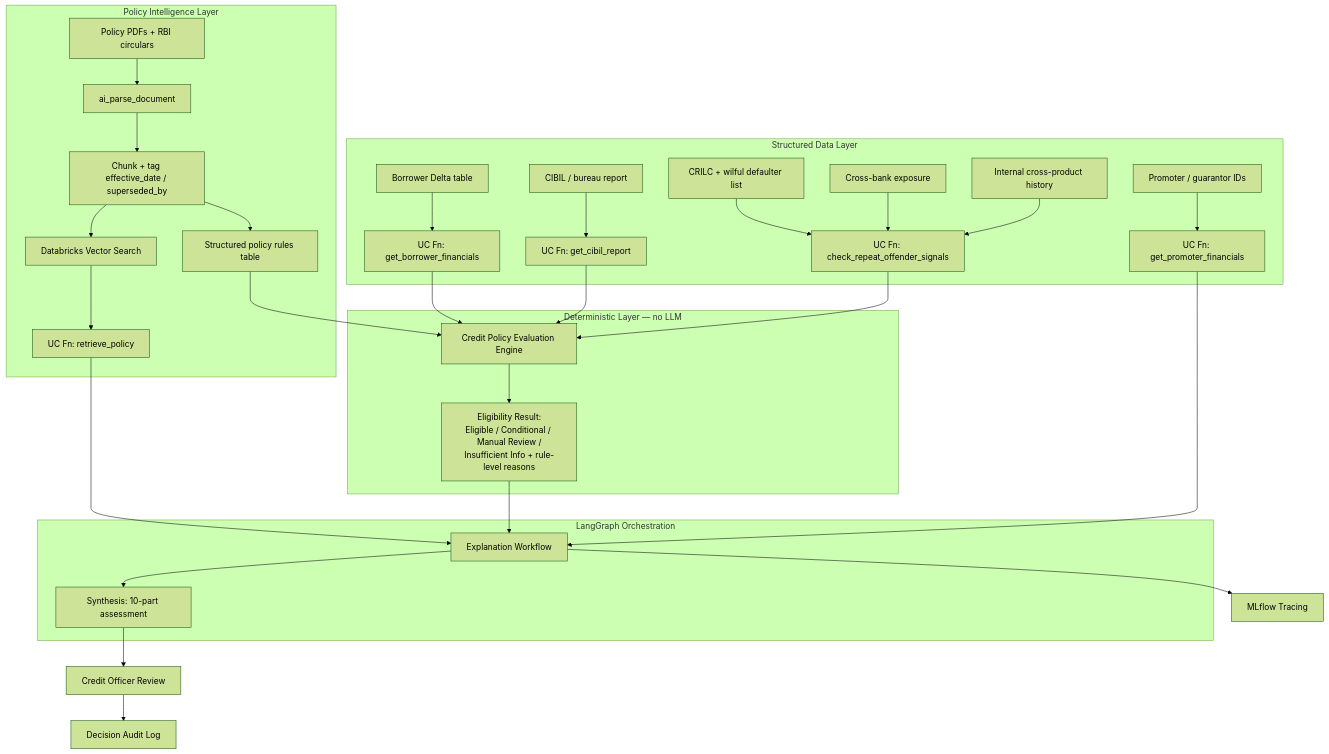
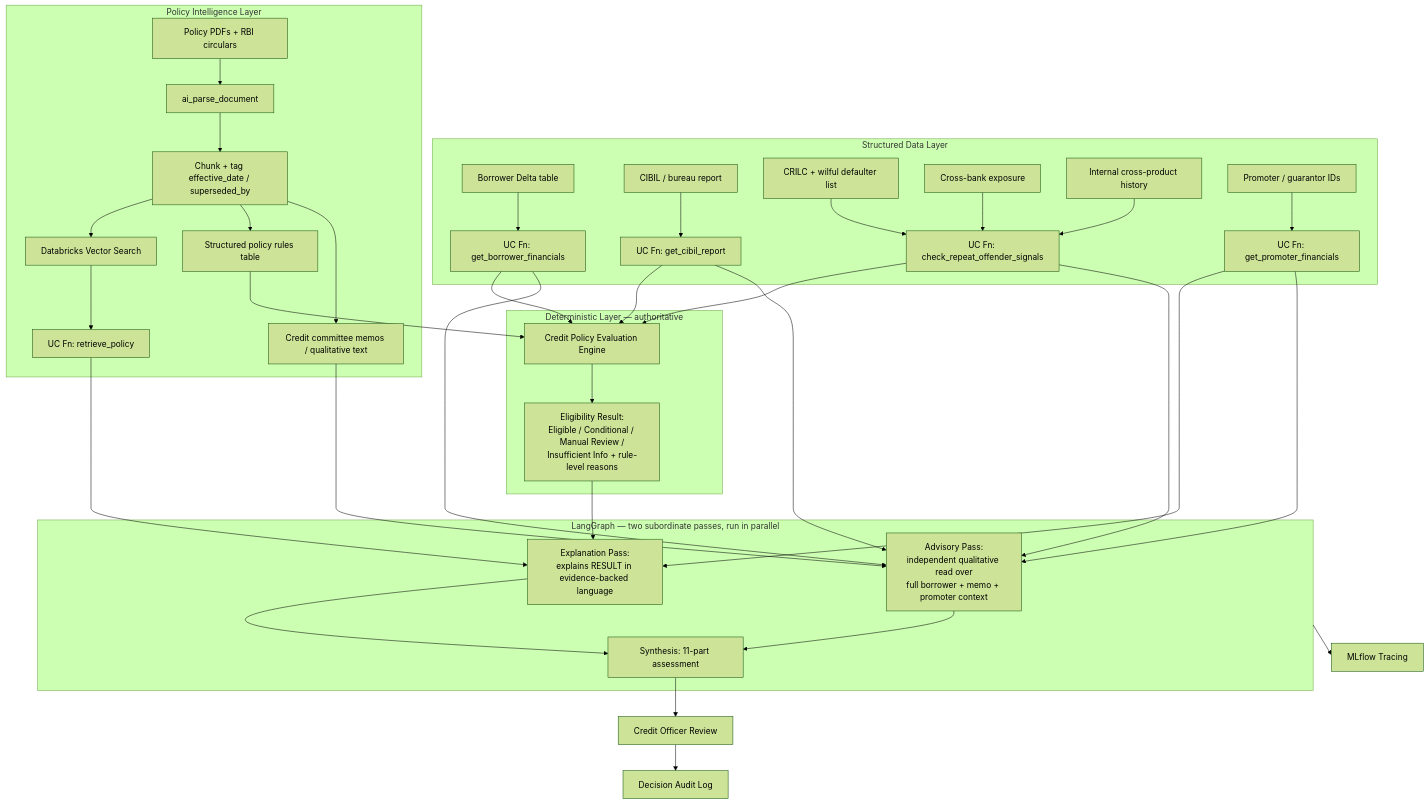
The first of 3 diagrams in Credit Decision Support & Policy Intelligence Platform.md (Gaurav1090/RAG-Project), drawn with Mermaid (forest theme) before and after one commit. The commit also changed other lines of this file and 1 other file, not shown here.

First line of the commit message:
Fix doc-edit artifacts and update plan for two-pass agent design

````diff
--- a/Credit Decision Support & Policy Intelligence Platform.md
+++ b/Credit Decision Support & Policy Intelligence Platform.md
@@ -65,38 +65,45 @@
 ```mermaid
 flowchart TD
     subgraph DATA[Structured Data Layer]
         A[Borrower Delta table] --> UC1[UC Fn: get_borrower_financials]
         CB[CIBIL / bureau report] --> UC2[UC Fn: get_cibil_report]
         CR[CRILC + wilful defaulter list] --> UC3[UC Fn: check_repeat_offender_signals]
         XB[Cross-bank exposure] --> UC3
         IH[Internal cross-product history] --> UC3
         OW[Promoter / guarantor IDs] --> UC4[UC Fn: get_promoter_financials]
     end
 
     subgraph POLICY[Policy Intelligence Layer]
         P[Policy PDFs + RBI circulars] --> D[ai_parse_document]
         D --> E[Chunk + tag effective_date / superseded_by]
         E --> V[Databricks Vector Search]
         V --> UC5[UC Fn: retrieve_policy]
         E --> RULES[Structured policy rules table]
+        E --> MEMOS[Credit committee memos / qualitative text]
     end
 
-    subgraph ENGINE[Deterministic Layer — no LLM]
+    subgraph ENGINE[Deterministic Layer — authoritative]
         RULES --> RE[Credit Policy Evaluation Engine]
         UC1 --> RE
         UC2 --> RE
         UC3 --> RE
         RE --> RESULT[Eligibility Result:\nEligible / Conditional / Manual Review /\nInsufficient Info + rule-level reasons]
     end
 
-    subgraph AGENT[LangGraph Orchestration]
-        RESULT --> AG[Explanation Workflow]
-        UC4 --> AG
-        UC5 --> AG
-        AG --> SYN[Synthesis: 10-part assessment]
+    subgraph AGENT[LangGraph — two subordinate passes, run in parallel]
+        UC4 --> EXP[Explanation Pass:\nexplains RESULT in evidence-backed language]
+        UC5 --> EXP
+        RESULT --> EXP
+        UC1 --> ADV[Advisory Pass:\nindependent qualitative read over\nfull borrower + memo + promoter context]
+        UC2 --> ADV
+        UC3 --> ADV
+        UC4 --> ADV
+        MEMOS --> ADV
+        EXP --> SYN[Synthesis: 11-part assessment]
+        ADV --> SYN
     end
 
     SYN --> REVIEW[Credit Officer Review]
     REVIEW --> AUDIT[Decision Audit Log]
-    AG --> MT[MLflow Tracing]
+    AGENT --> MT[MLflow Tracing]
 ```
````
